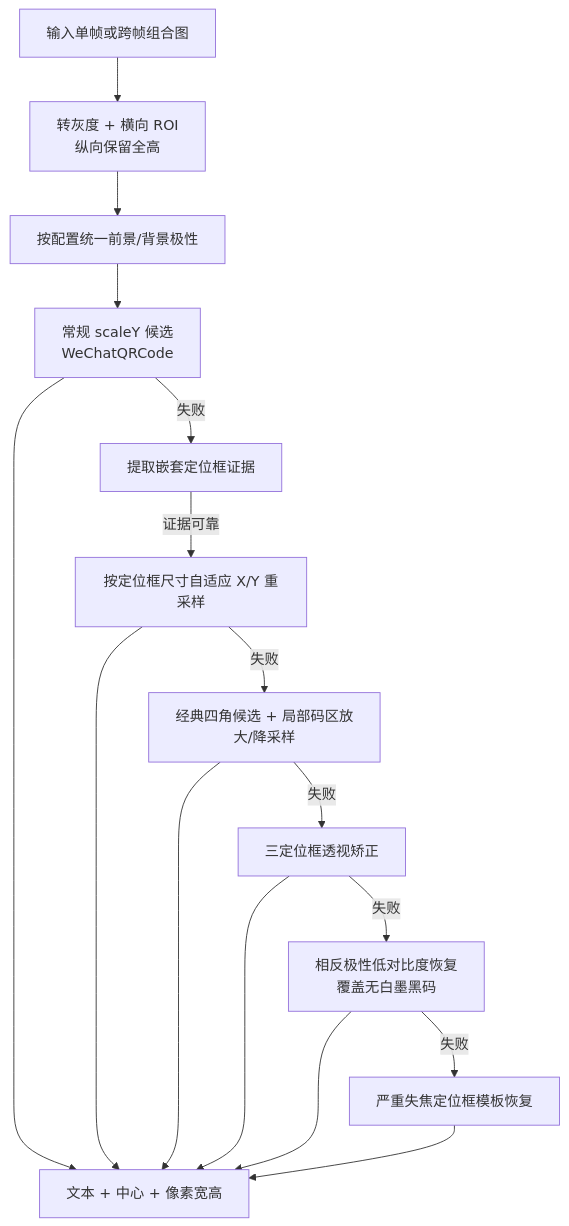
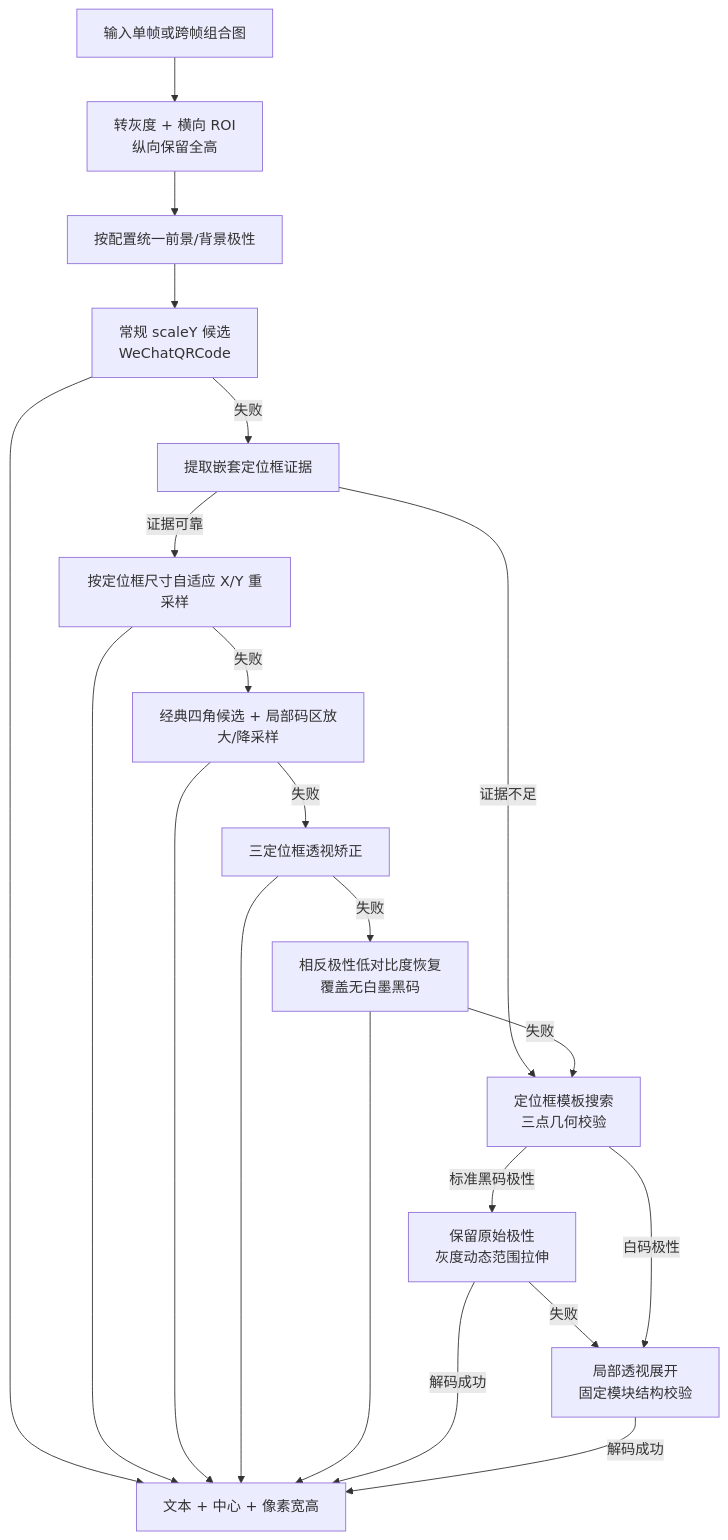
One commit to Kevin-ykg/CIS_WebInspector changed the third of 9 diagrams in 项目全局导航与开发指南.md. Above: the diagram before and after it, drawn with Mermaid. The commit also changed other lines of this file and 48 other files, not shown here.

````diff
--- a/项目全局导航与开发指南.md
+++ b/项目全局导航与开发指南.md
@@ -258,18 +273,23 @@
 ```mermaid
 flowchart TD
     A["输入单帧或跨帧组合图"] --> B["转灰度 + 横向 ROI<br/>纵向保留全高"]
     B --> C["按配置统一前景/背景极性"]
     C --> D["常规 scaleY 候选<br/>WeChatQRCode"]
     D -->|失败| E["提取嵌套定位框证据"]
     E -->|证据可靠| F["按定位框尺寸自适应 X/Y 重采样"]
     F -->|失败| G["经典四角候选 + 局部码区放大/降采样"]
     G -->|失败| H["三定位框透视矫正"]
     H -->|失败| I["相反极性低对比度恢复<br/>覆盖无白墨黑码"]
-    I -->|失败| J["严重失焦定位框模板恢复"]
-    D --> K["文本 + 中心 + 像素宽高"]
-    F --> K
-    G --> K
-    H --> K
-    I --> K
-    J --> K
+    E -->|证据不足| J["定位框模板搜索<br/>三点几何校验"]
+    I -->|失败| J
+    J -->|标准黑码极性| K["保留原始极性<br/>灰度动态范围拉伸"]
+    K -->|失败| L["局部透视展开<br/>固定模块结构校验"]
+    J -->|白码极性| L
+    D --> M["文本 + 中心 + 像素宽高"]
+    F --> M
+    G --> M
+    H --> M
+    I --> M
+    K -->|解码成功| M
+    L -->|解码成功| M
 ```
````
